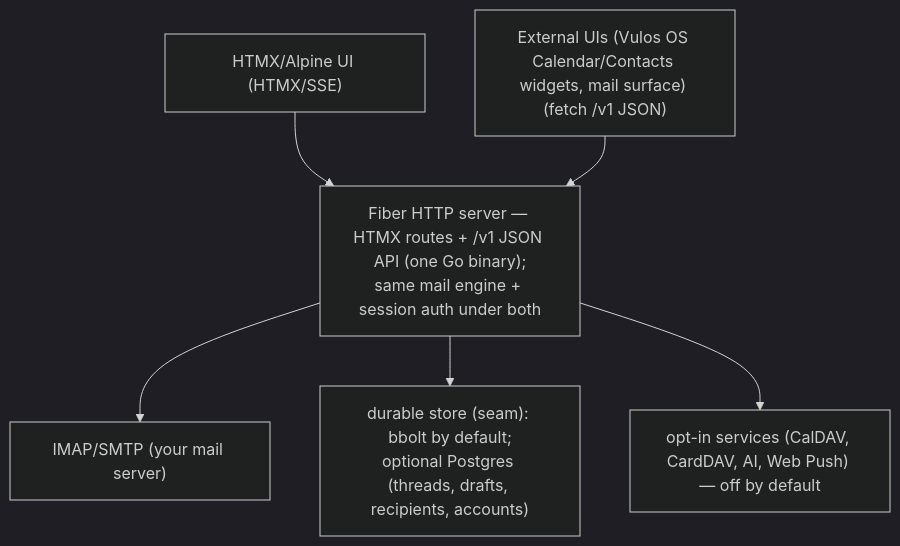
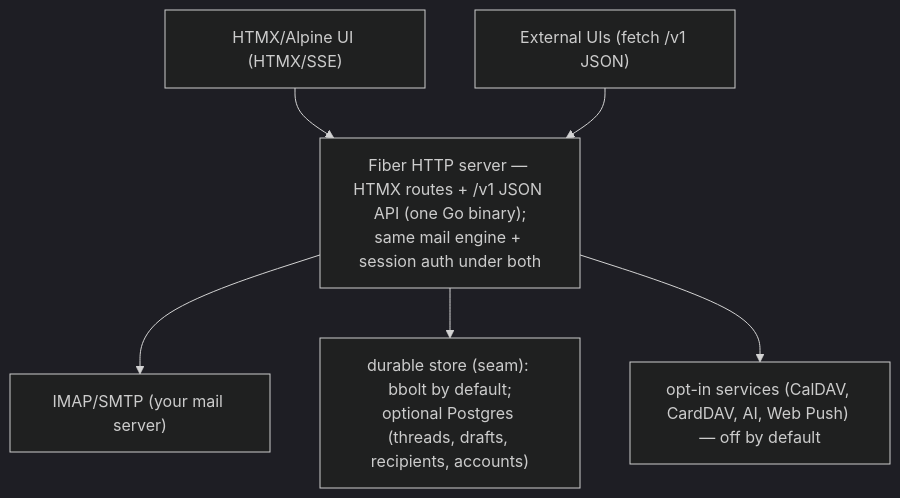
Before and after one commit to vul-os/lilmail: the diagram in README.md, drawn with Mermaid (dark theme). The commit also changed other lines of this file, not shown here.

````diff
--- a/README.md
+++ b/README.md
@@ -115,9 +84,9 @@
 ```mermaid
 flowchart TD
     UI["HTMX/Alpine UI (HTMX/SSE)"] --> Server
-    React["External UIs (Vulos OS Calendar/Contacts widgets, mail surface) (fetch /v1 JSON)"] --> Server
+    React["External UIs (fetch /v1 JSON)"] --> Server
     Server["Fiber HTTP server — HTMX routes + /v1 JSON API (one Go binary);<br/>same mail engine + session auth under both"]
     Server --> IMAP["IMAP/SMTP (your mail server)"]
     Server --> Store["durable store (seam): bbolt by default;<br/>optional Postgres (threads, drafts, recipients, accounts)"]
     Server --> Services["opt-in services (CalDAV, CardDAV, AI, Web Push) — off by default"]
 ```
````
